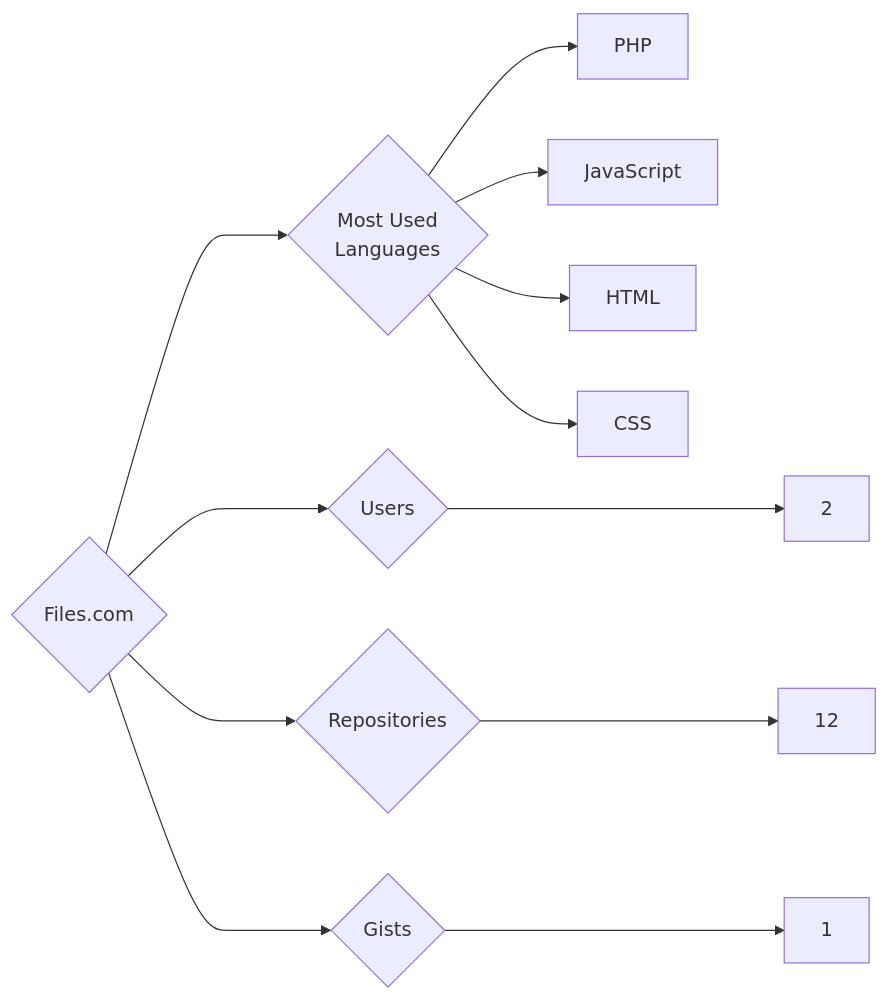
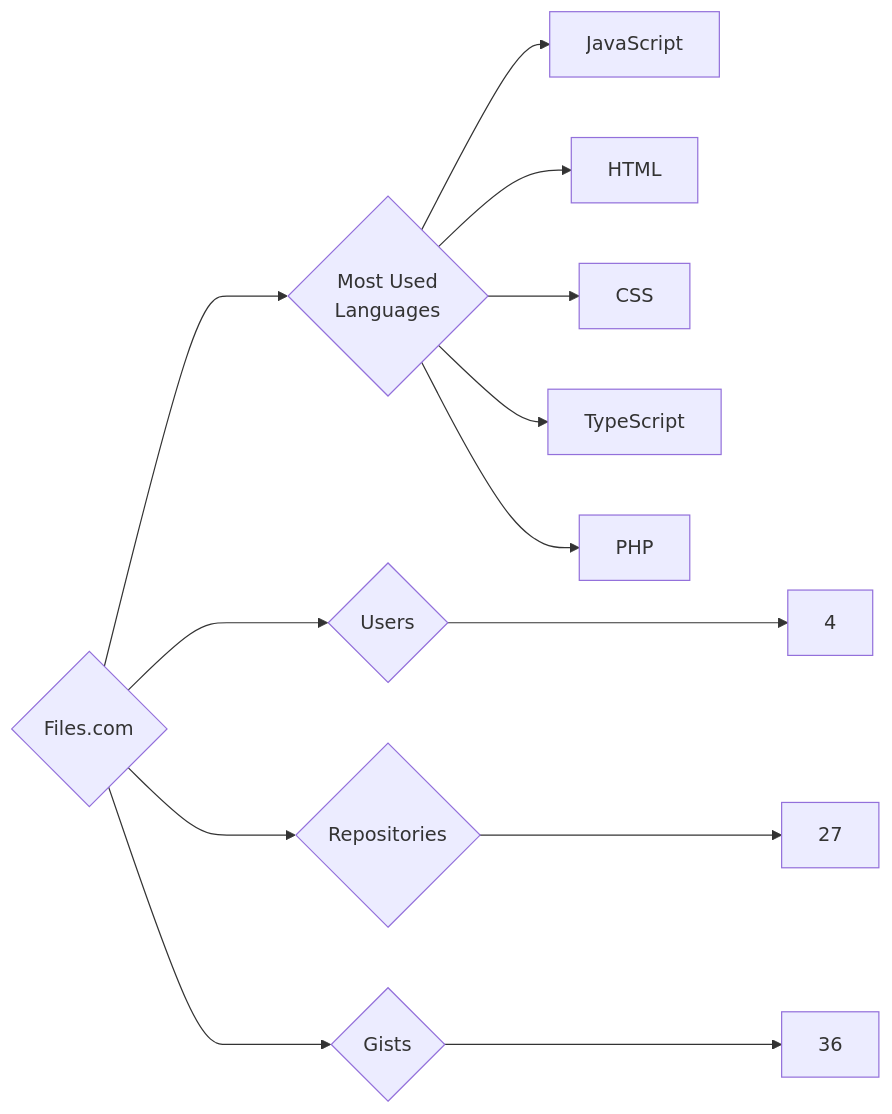
Before and after one commit to trickest/insiders: the diagram in targets/Files.com/README.md, drawn with Mermaid. The commit also changed 809 other files, not shown here.

````diff
--- a/targets/Files.com/README.md
+++ b/targets/Files.com/README.md
@@ -3,12 +3,13 @@
 ```mermaid
 graph LR
 COMPANY_NAME{Files.com}
-COMPANY_NAME ---> U{Users} ---> UN[2]
-COMPANY_NAME ---> R{Repositories} ---> RN[12]
-COMPANY_NAME ---> G{Gists} ---> GN[1]
+COMPANY_NAME ---> U{Users} ---> UN[4]
+COMPANY_NAME ---> R{Repositories} ---> RN[27]
+COMPANY_NAME ---> G{Gists} ---> GN[36]
 COMPANY_NAME ---> ML{Most Used<br>Languages}
-ML --> PHP[PHP]
 ML --> JavaScript[JavaScript]
 ML --> HTML[HTML]
 ML --> CSS[CSS]
+ML --> TypeScript[TypeScript]
+ML --> PHP[PHP]
 ```
````
